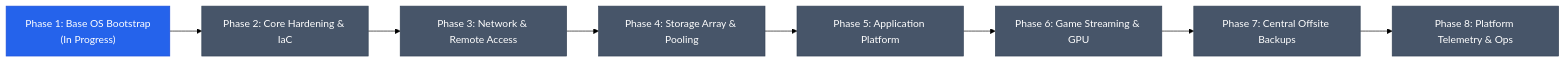
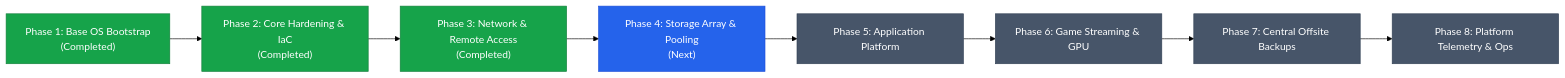
The diagram in ROADMAP.md (mabutler/homelab), drawn with Mermaid (forest theme) before and after one commit. The commit also changed other lines of this file and 42 other files, not shown here.

````diff
--- a/ROADMAP.md
+++ b/ROADMAP.md
@@ -23,19 +23,19 @@
 ```mermaid
 flowchart LR
-    P1["Phase 1: Base OS Bootstrap\n(In Progress)"] --> P2["Phase 2: Core Hardening & IaC"]
-    P2 --> P3["Phase 3: Network & Remote Access"]
-    P3 --> P4["Phase 4: Storage Array & Pooling"]
+    P1["Phase 1: Base OS Bootstrap\n(Completed)"] --> P2["Phase 2: Core Hardening & IaC\n(Completed)"]
+    P2 --> P3["Phase 3: Network & Remote Access\n(Completed)"]
+    P3 --> P4["Phase 4: Storage Array & Pooling\n(Next)"]
     P4 --> P5["Phase 5: Application Platform"]
     P5 --> P6["Phase 6: Game Streaming & GPU"]
     P6 --> P7["Phase 7: Central Offsite Backups"]
     P7 --> P8["Phase 8: Platform Telemetry & Ops"]
 
-    style P1 fill:#2563eb,stroke:#1d4ed8,color:#fff
-    style P2 fill:#475569,stroke:#334155,color:#fff
-    style P3 fill:#475569,stroke:#334155,color:#fff
-    style P4 fill:#475569,stroke:#334155,color:#fff
+    style P1 fill:#16a34a,stroke:#15803d,color:#fff
+    style P2 fill:#16a34a,stroke:#15803d,color:#fff
+    style P3 fill:#16a34a,stroke:#15803d,color:#fff
+    style P4 fill:#2563eb,stroke:#1d4ed8,color:#fff
     style P5 fill:#475569,stroke:#334155,color:#fff
     style P6 fill:#475569,stroke:#334155,color:#fff
     style P7 fill:#475569,stroke:#334155,color:#fff
     style P8 fill:#475569,stroke:#334155,color:#fff
 ```
````
